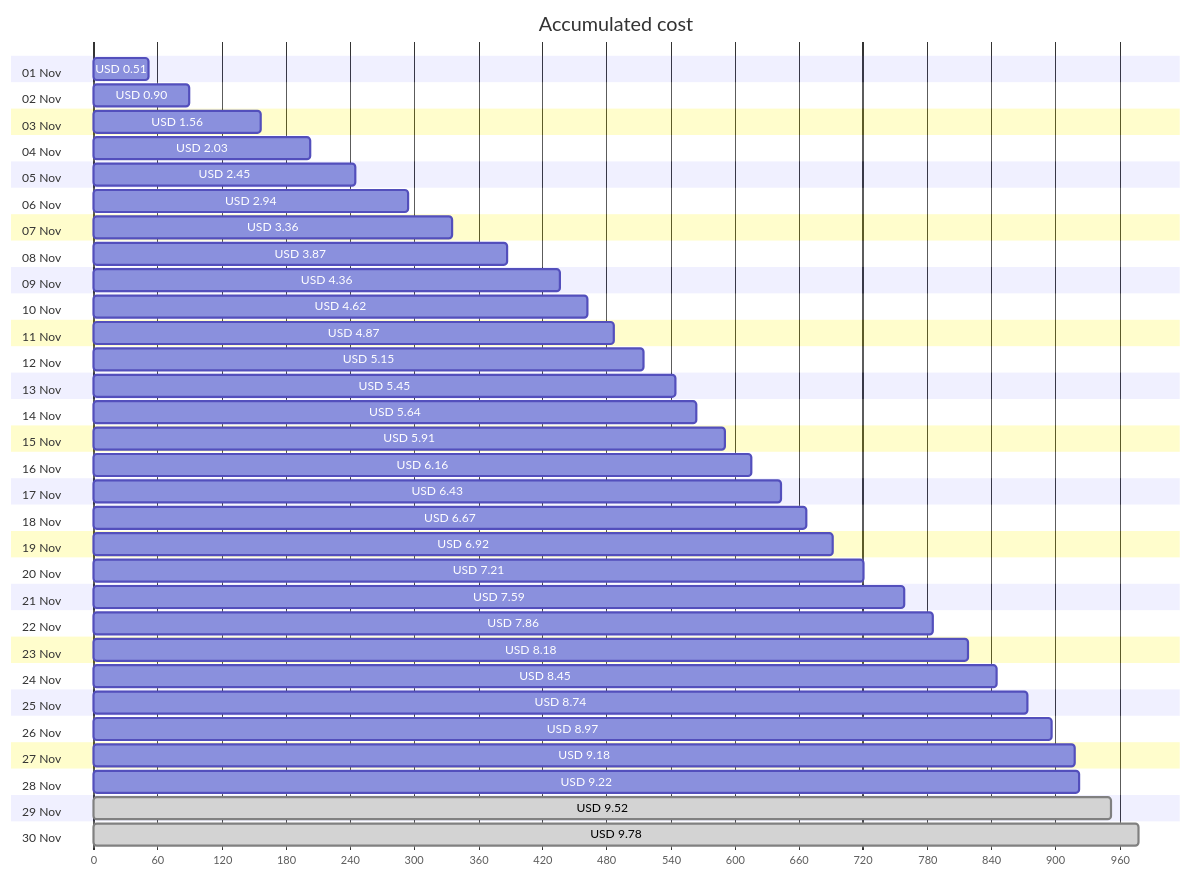
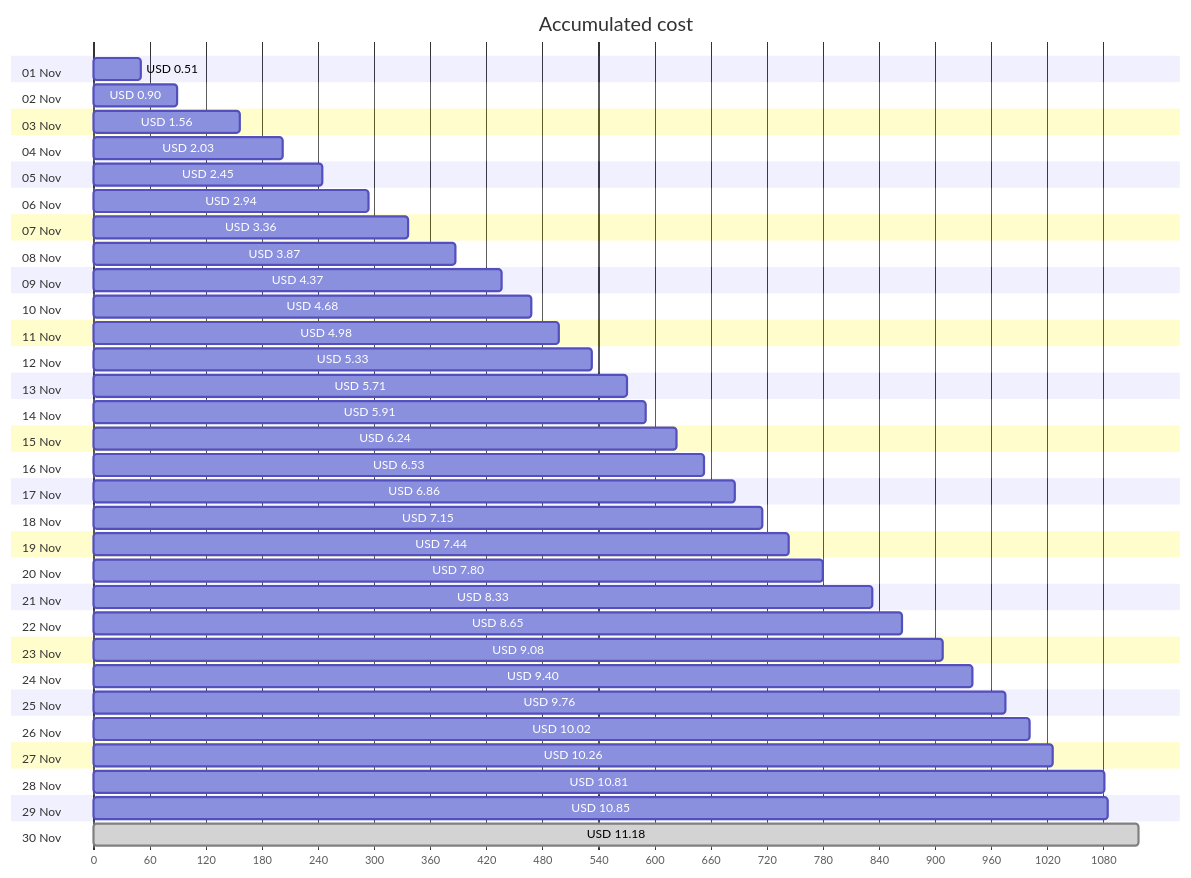
One commit to jpfulton/azure-personal-reports changed the first of 4 diagrams in cost-reports/personal-network/vpn-server.md. Above: the diagram before and after it, drawn with Mermaid. The commit also changed other lines of this file and 8 other files, not shown here.

````diff
--- a/cost-reports/personal-network/vpn-server.md
+++ b/cost-reports/personal-network/vpn-server.md
@@ -20,66 +20,66 @@
 ```mermaid
 gantt
    title Accumulated cost
    dateFormat  X
    axisFormat %s
    section 01 Nov
    USD 0.51 :0, 51
    section 02 Nov
    USD 0.90 :0, 90
    section 03 Nov
    USD 1.56 :0, 156
    section 04 Nov
    USD 2.03 :0, 203
    section 05 Nov
    USD 2.45 :0, 245
    section 06 Nov
    USD 2.94 :0, 294
    section 07 Nov
    USD 3.36 :0, 336
    section 08 Nov
    USD 3.87 :0, 387
    section 09 Nov
-   USD 4.36 :0, 436
+   USD 4.37 :0, 437
    section 10 Nov
-   USD 4.62 :0, 462
+   USD 4.68 :0, 468
    section 11 Nov
-   USD 4.87 :0, 487
+   USD 4.98 :0, 498
    section 12 Nov
-   USD 5.15 :0, 515
+   USD 5.33 :0, 533
    section 13 Nov
-   USD 5.45 :0, 545
+   USD 5.71 :0, 571
    section 14 Nov
-   USD 5.64 :0, 564
+   USD 5.91 :0, 591
    section 15 Nov
-   USD 5.91 :0, 591
+   USD 6.24 :0, 624
    section 16 Nov
-   USD 6.16 :0, 616
+   USD 6.53 :0, 653
    section 17 Nov
-   USD 6.43 :0, 643
+   USD 6.86 :0, 686
    section 18 Nov
-   USD 6.67 :0, 667
+   USD 7.15 :0, 715
    section 19 Nov
-   USD 6.92 :0, 692
+   USD 7.44 :0, 744
    section 20 Nov
-   USD 7.21 :0, 721
+   USD 7.80 :0, 780
    section 21 Nov
-   USD 7.59 :0, 759
+   USD 8.33 :0, 833
    section 22 Nov
-   USD 7.86 :0, 786
+   USD 8.65 :0, 865
    section 23 Nov
-   USD 8.18 :0, 818
+   USD 9.08 :0, 908
    section 24 Nov
-   USD 8.45 :0, 845
+   USD 9.40 :0, 940
    section 25 Nov
-   USD 8.74 :0, 874
+   USD 9.76 :0, 976
    section 26 Nov
-   USD 8.97 :0, 897
+   USD 10.02 :0, 1002
    section 27 Nov
-   USD 9.18 :0, 918
+   USD 10.26 :0, 1026
    section 28 Nov
-   USD 9.22 :0, 922
+   USD 10.81 :0, 1081
    section 29 Nov
-   USD 9.52 : done, 0, 952
+   USD 10.85 :0, 1085
    section 30 Nov
-   USD 9.78 : done, 0, 978
+   USD 11.18 : done, 0, 1118
 ```
````
